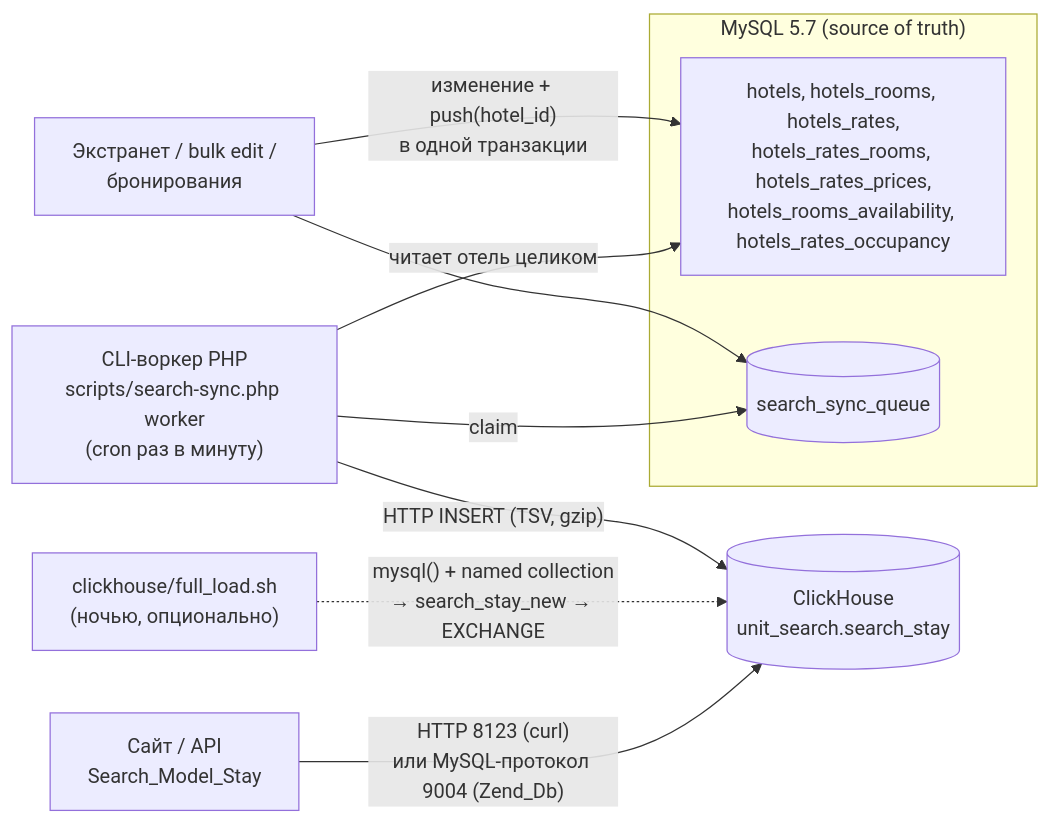
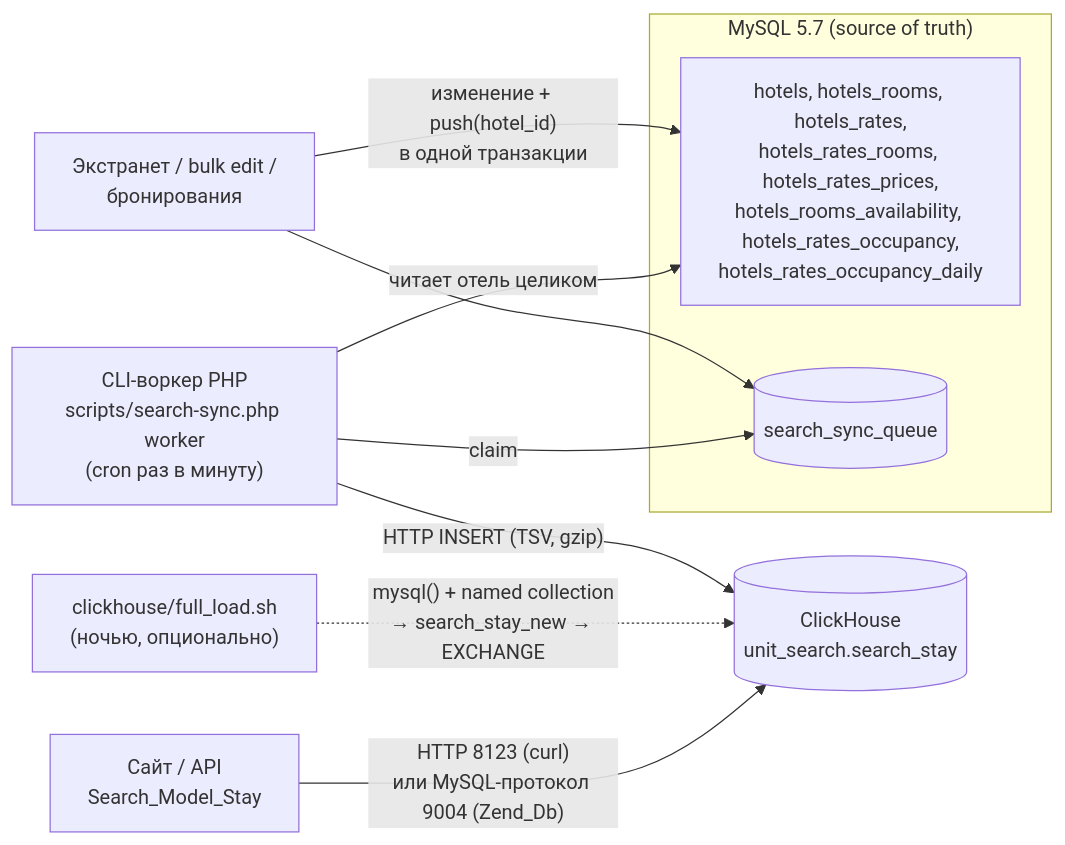
The diagram in unit-search-clickhouse/README.md (agrabynsky-sketch/cloude), drawn with Mermaid before and after one commit. The commit also changed other lines of this file and 11 other files, not shown here.

First line of the commit message:
Support hotels_rates_occupancy_daily and deterministic duplicates in search cache

````diff
--- a/unit-search-clickhouse/README.md
+++ b/unit-search-clickhouse/README.md
@@ -17,14 +17,14 @@
 ```mermaid
 flowchart LR
     subgraph MySQL["MySQL 5.7 (source of truth)"]
-        T[hotels, hotels_rooms, hotels_rates,<br/>hotels_rates_rooms, hotels_rates_prices,<br/>hotels_rooms_availability, hotels_rates_occupancy]
+        T[hotels, hotels_rooms, hotels_rates,<br/>hotels_rates_rooms, hotels_rates_prices,<br/>hotels_rooms_availability, hotels_rates_occupancy,<br/>hotels_rates_occupancy_daily]
         Q[(search_sync_queue)]
     end
     A[Экстранет / bulk edit /<br/>бронирования] -- "изменение + push(hotel_id)<br/>в одной транзакции" --> T
     A --> Q
     W["CLI-воркер PHP<br/>scripts/search-sync.php worker<br/>(cron раз в минуту)"] -- claim --> Q
     W -- "читает отель целиком" --> T
     W -- "HTTP INSERT (TSV, gzip)" --> CH[("ClickHouse<br/>unit_search.search_stay")]
     F["clickhouse/full_load.sh<br/>(ночью, опционально)"] -. "mysql() + named collection<br/>→ search_stay_new → EXCHANGE" .-> CH
     S["Сайт / API<br/>Search_Model_Stay"] -- "HTTP 8123 (curl)<br/>или MySQL-протокол 9004 (Zend_Db)" --> CH
 ```
````
